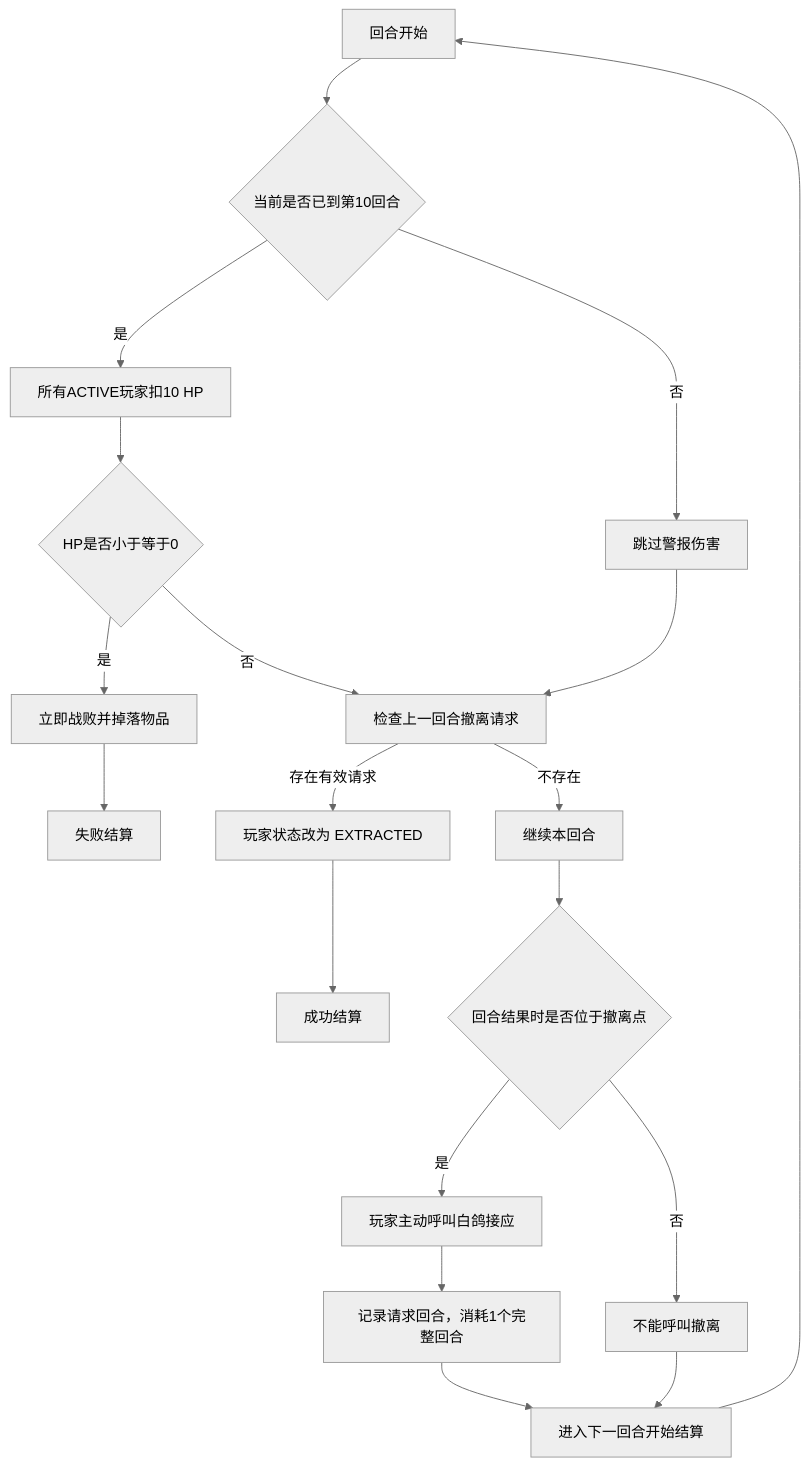
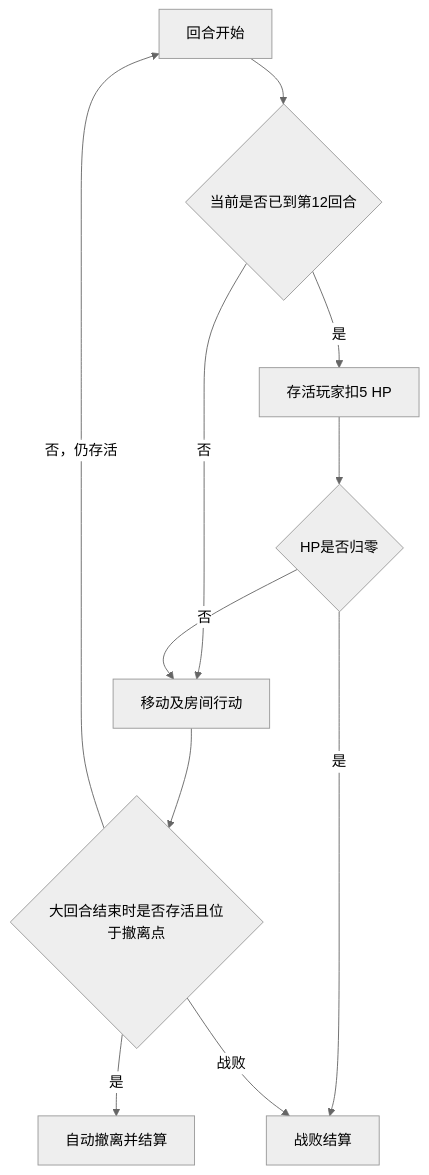
Before and after one commit to Yeungsam/heisino-game: the tenth of 10 diagrams in docs/游戏产品流程图.md, drawn with Mermaid (neutral theme). The commit also changed other lines of this file and 14 other files, not shown here.

````diff
--- a/docs/游戏产品流程图.md
+++ b/docs/游戏产品流程图.md
@@ -371,18 +366,13 @@
 ```mermaid
 flowchart TD
-    A["回合开始"] --> B{"当前是否已到第10回合"}
-    B -- "否" --> C["跳过警报伤害"]
-    B -- "是" --> D["所有ACTIVE玩家扣10 HP"]
-    D --> E{"HP是否小于等于0"}
-    E -- "是" --> F["立即战败并掉落物品"] --> Z["失败结算"]
-    E -- "否" --> G["检查上一回合撤离请求"]
-    C --> G
-    G -- "存在有效请求" --> H["玩家状态改为 EXTRACTED"] --> Y["成功结算"]
-    G -- "不存在" --> I["继续本回合"]
-    I --> J{"回合结果时是否位于撤离点"}
-    J -- "否" --> K["不能呼叫撤离"]
-    J -- "是" --> L["玩家主动呼叫白鸽接应"]
-    L --> M["记录请求回合，消耗1个完整回合"]
-    M --> P["进入下一回合开始结算"] --> A
-    K --> P
+    A["回合开始"] --> B{"当前是否已到第12回合"}
+    B -- "否" --> I["移动及房间行动"]
+    B -- "是" --> D["存活玩家扣5 HP"]
+    D --> E{"HP是否归零"}
+    E -- "是" --> Z["战败结算"]
+    E -- "否" --> I
+    I --> J{"大回合结束时是否存活且位于撤离点"}
+    J -- "是" --> Y["自动撤离并结算"]
+    J -- "否，仍存活" --> A
+    J -- "战败" --> Z
 ```
````
